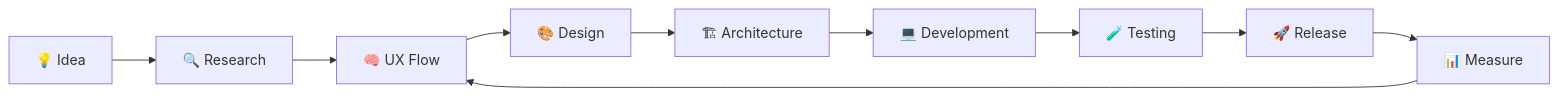
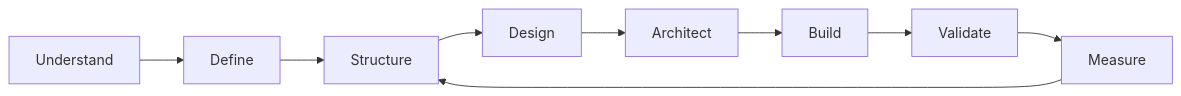
The diagram in README.md (ialekhc/ialekhc), drawn with Mermaid before and after one commit. The commit also changed other lines of this file, not shown here.

````diff
--- a/README.md
+++ b/README.md
@@ -406,21 +348,11 @@
-```mermaid id="4ty11q"
+```mermaid
 flowchart LR
-
-A["💡 Idea"] --> B["🔍 Research"]
-
-B --> C["🧠 UX Flow"]
-
-C --> D["🎨 Design"]
-
-D --> E["🏗 Architecture"]
-
-E --> F["💻 Development"]
-
-F --> G["🧪 Testing"]
-
-G --> H["🚀 Release"]
-
-H --> I["📊 Measure"]
-
-I --> C
+    A["Understand"] --> B["Define"]
+    B --> C["Structure"]
+    C --> D["Design"]
+    D --> E["Architect"]
+    E --> F["Build"]
+    F --> G["Validate"]
+    G --> H["Measure"]
+    H --> C
 ```
````
